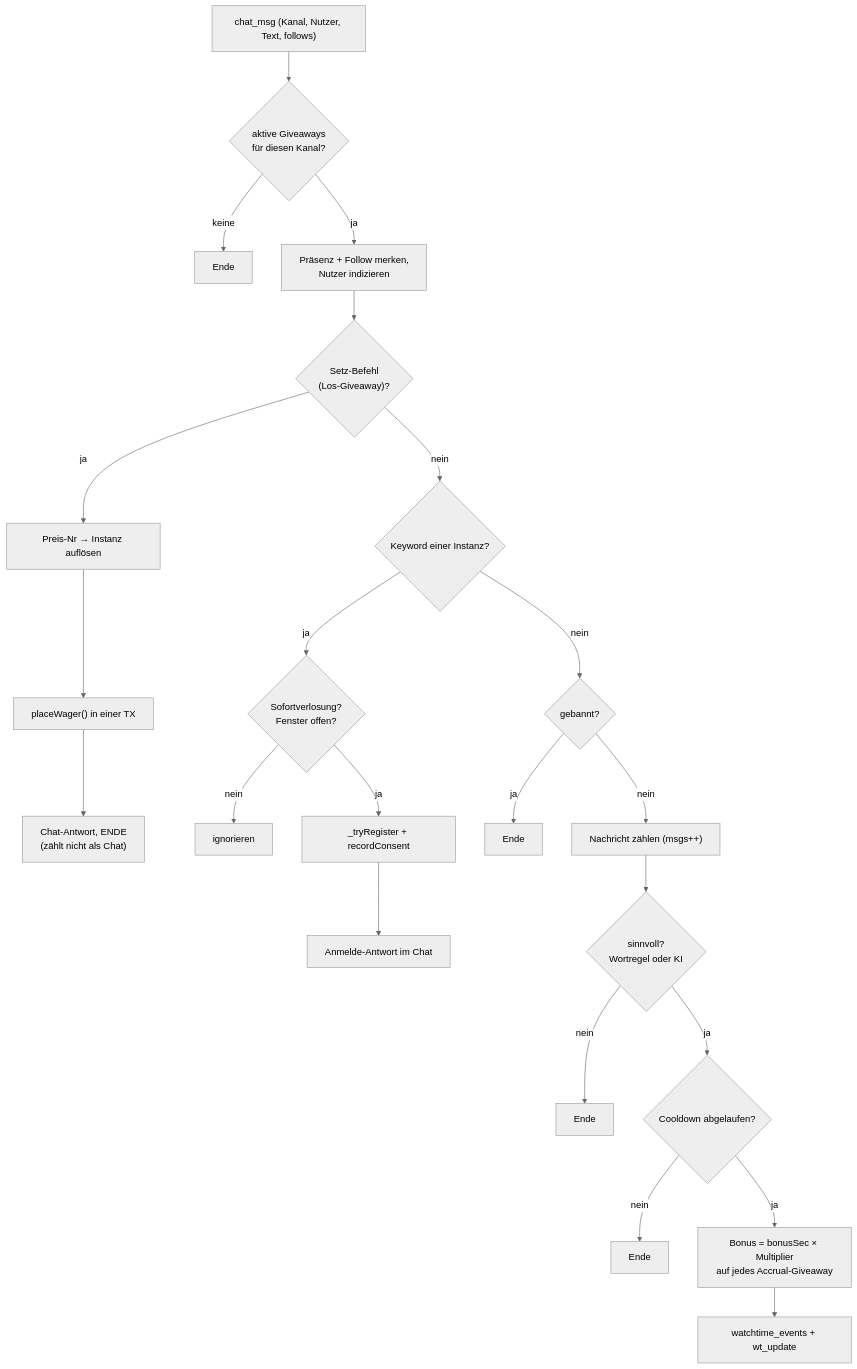
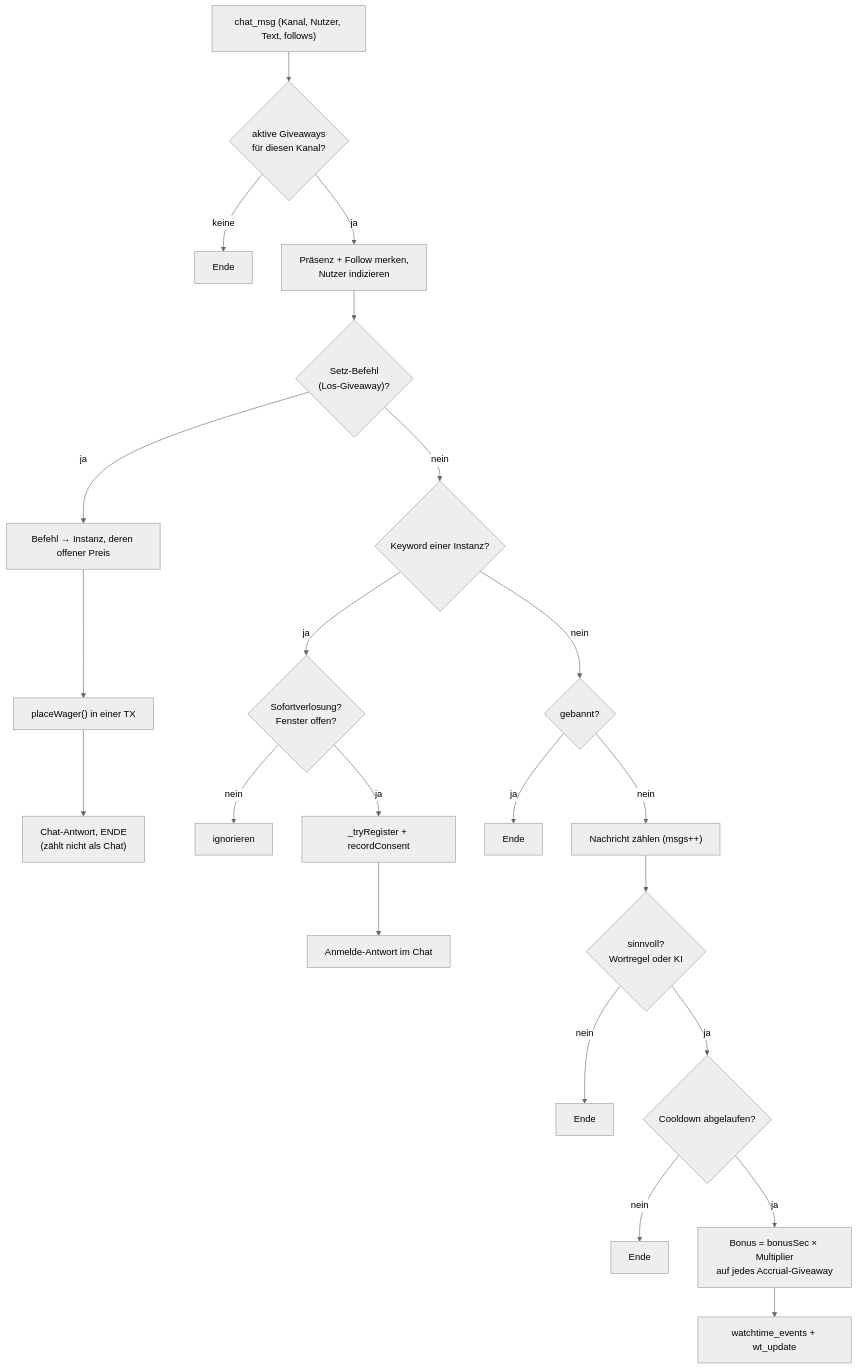
Before and after one commit to cccdemon/CC-Giveaway: the eighth of 12 diagrams in docs/SOFTWARE-ARCHITEKTUR.md, drawn with Mermaid (neutral theme). The commit also changed 13 other files, not shown here.

First line of the commit message:
feat(ticketbuy): Keyword-Opt-in, Setz-Befehl ohne Preis-Nr, Chat-Bonus-Haken

````diff
--- a/docs/SOFTWARE-ARCHITEKTUR.md
+++ b/docs/SOFTWARE-ARCHITEKTUR.md
@@ -289,24 +289,24 @@
 ```mermaid
 flowchart TD
     A["chat_msg (Kanal, Nutzer, Text, follows)"] --> B{"aktive Giveaways<br/>für diesen Kanal?"}
     B -- keine --> E1["Ende"]
     B -- ja --> C["Präsenz + Follow merken,<br/>Nutzer indizieren"]
     C --> D{"Setz-Befehl<br/>(Los-Giveaway)?"}
-    D -- ja --> D1["Preis-Nr → Instanz auflösen"]
+    D -- ja --> D1["Befehl → Instanz, deren offener Preis"]
     D1 --> D2["placeWager() in einer TX"]
     D2 --> D3["Chat-Antwort, ENDE<br/>(zählt nicht als Chat)"]
     D -- nein --> F{"Keyword einer Instanz?"}
     F -- ja --> F1{"Sofortverlosung?<br/>Fenster offen?"}
     F1 -- nein --> E2["ignorieren"]
     F1 -- ja --> F2["_tryRegister + recordConsent"]
     F2 --> F3["Anmelde-Antwort im Chat"]
     F -- nein --> G{"gebannt?"}
     G -- ja --> E3["Ende"]
     G -- nein --> H["Nachricht zählen (msgs++)"]
     H --> I{"sinnvoll?<br/>Wortregel oder KI"}
     I -- nein --> E4["Ende"]
     I -- ja --> J{"Cooldown abgelaufen?"}
     J -- nein --> E5["Ende"]
     J -- ja --> K["Bonus = bonusSec × Multiplier<br/>auf jedes Accrual-Giveaway"]
     K --> L["watchtime_events + wt_update"]
 ```
````
